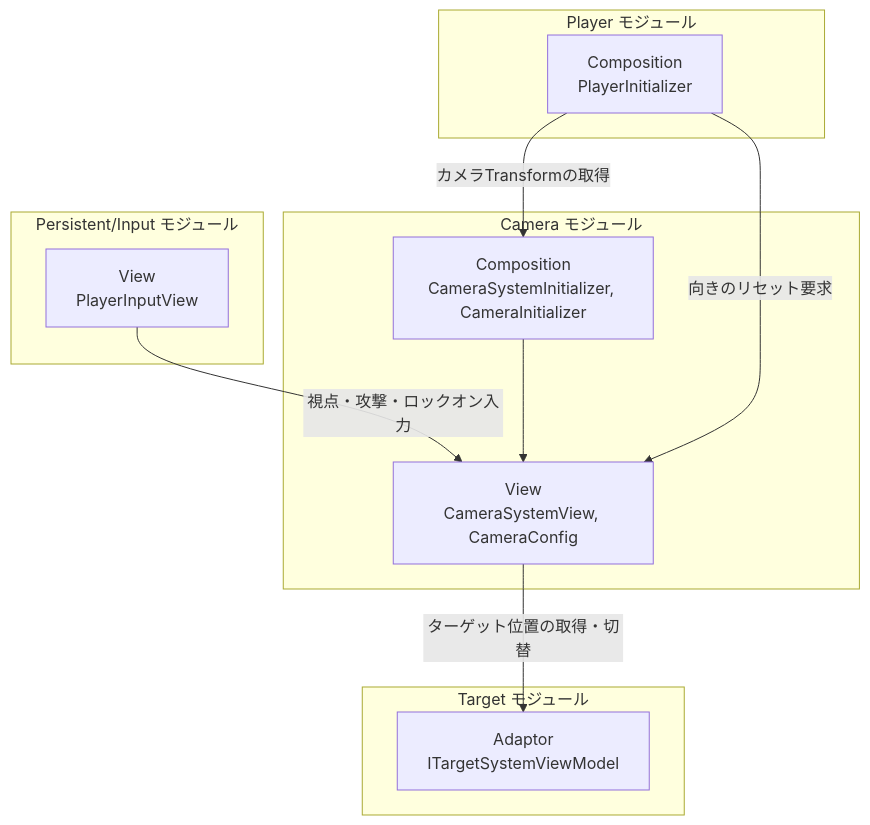
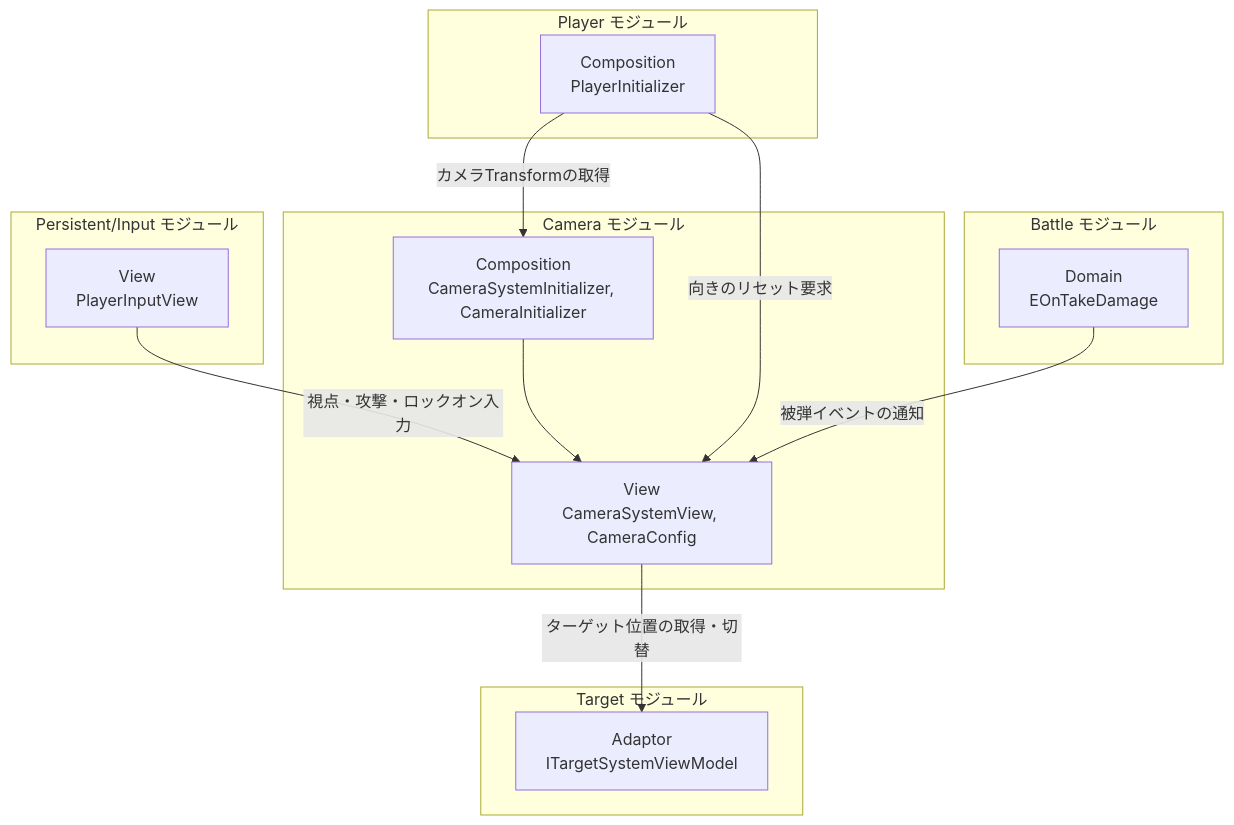
Before and after one commit to HIBIKI5201/SymphonyKillChord: the first of 3 diagrams in Assets/Docs/ScriptsDocs/Modules/NotionModuleDocs/Camera.md, drawn with Mermaid. The commit also changed other lines of this file and 17 other files, not shown here.

````diff
--- a/Assets/Docs/ScriptsDocs/Modules/NotionModuleDocs/Camera.md
+++ b/Assets/Docs/ScriptsDocs/Modules/NotionModuleDocs/Camera.md
@@ -49,27 +49,32 @@
 ```mermaid
 graph TD
     %% 定義 (接続のないレイヤーは省略)
     subgraph CameraModule [Camera モジュール]
         View["View<br>CameraSystemView, CameraConfig"]
         Composition["Composition<br>CameraSystemInitializer, CameraInitializer"]
     end
 
     subgraph PersistentInputModule [Persistent/Input モジュール]
         InputView["View<br>PlayerInputView"]
     end
 
     subgraph TargetModule [Target モジュール]
         TargetAdaptor["Adaptor<br>ITargetSystemViewModel"]
     end
 
     subgraph PlayerModule [Player モジュール]
         PlayerComposition["Composition<br>PlayerInitializer"]
     end
 
+    subgraph BattleModule [Battle モジュール]
+        BattleDomain["Domain<br>EOnTakeDamage"]
+    end
+
     %% 依存関係
     InputView -->|視点・攻撃・ロックオン入力| View
     View -->|ターゲット位置の取得・切替| TargetAdaptor
     Composition --> View
     PlayerComposition -->|向きのリセット要求| View
     PlayerComposition -->|カメラTransformの取得| Composition
+    BattleDomain -->|被弾イベントの通知| View
 ```
````
